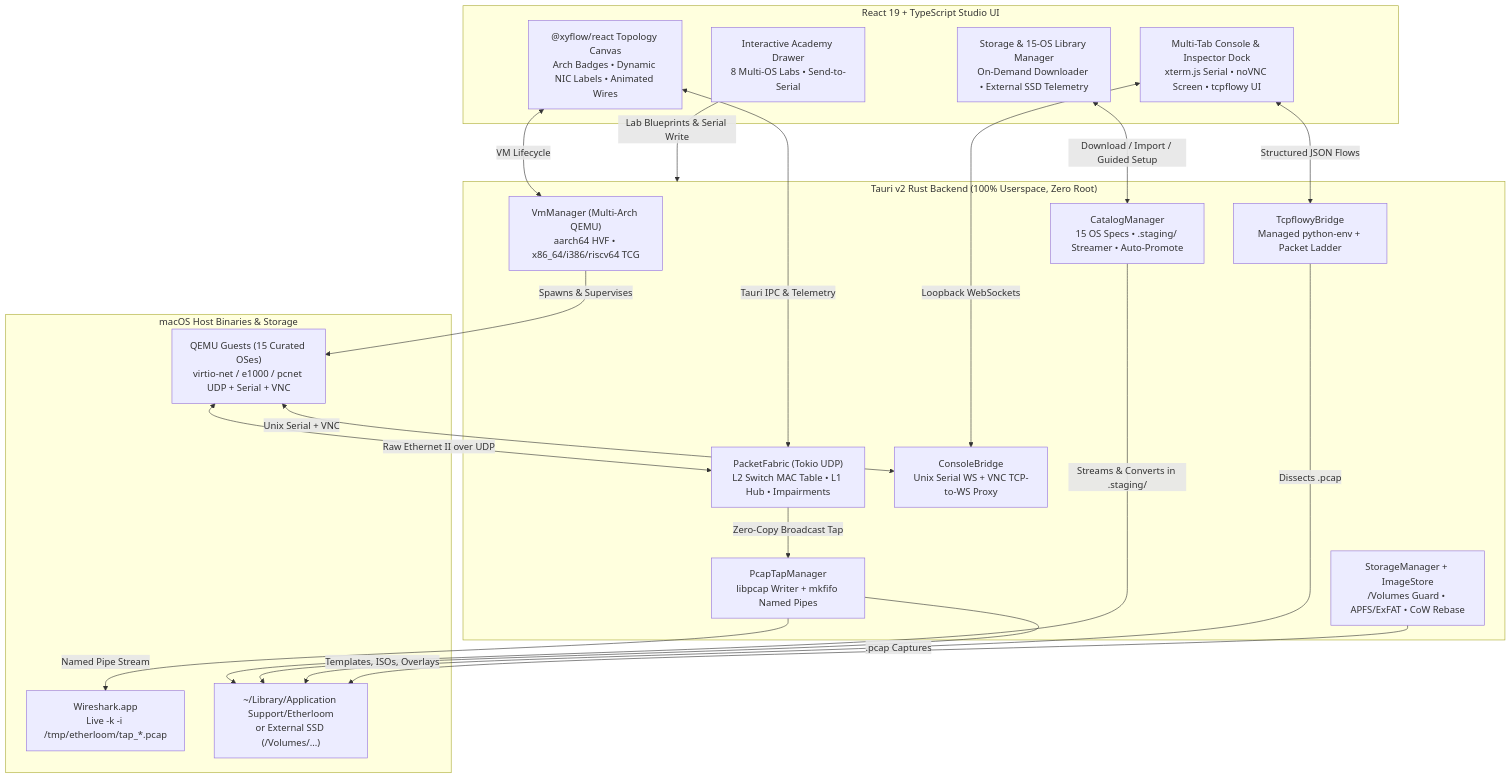
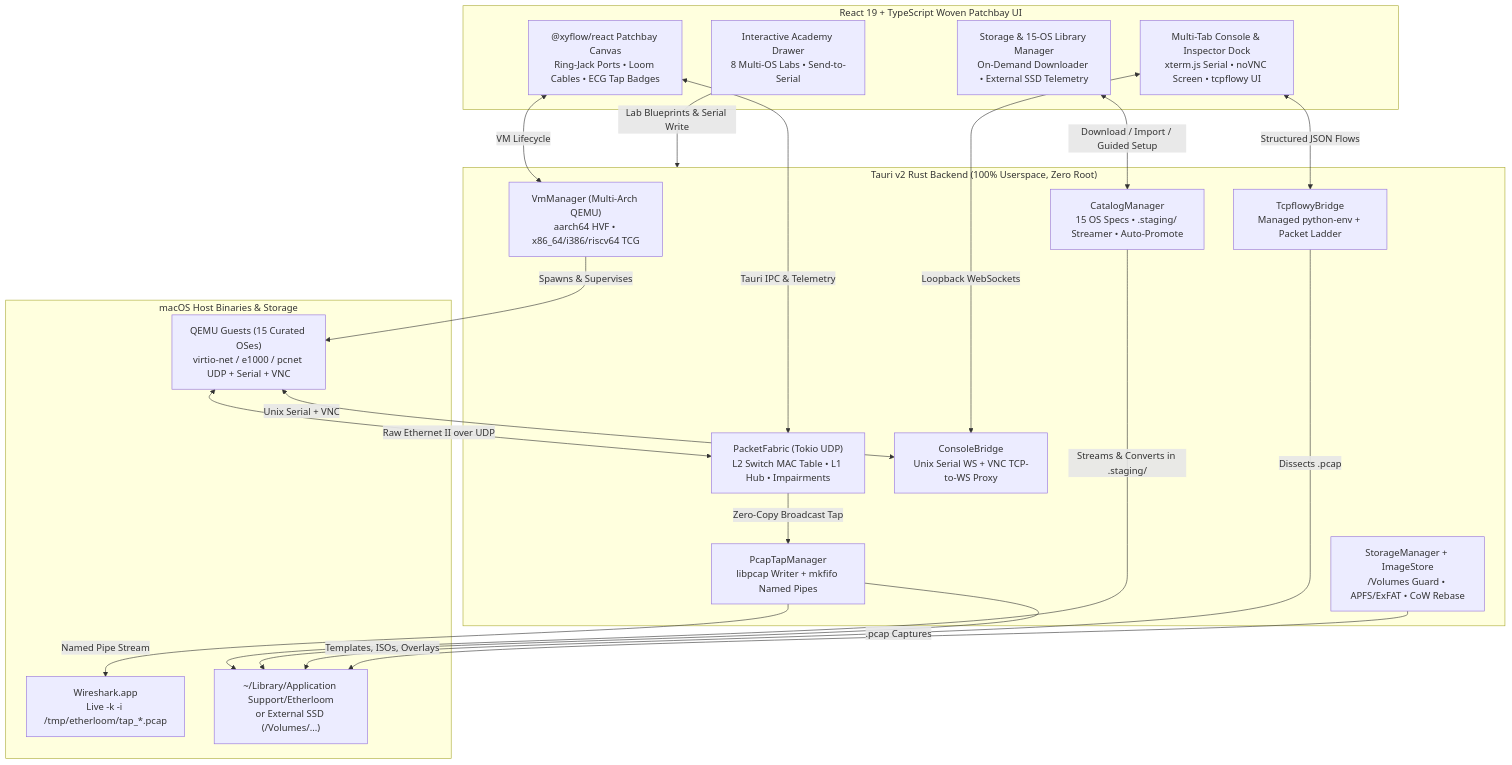
The diagram in README.md (diorgulescu/etherloom), drawn with Mermaid before and after one commit. The commit also changed other lines of this file and 37 other files, not shown here.

First line of the commit message:
feat(ui): implement Phase 8 Woven Patchbay dark-mode overhaul & brand artwork

````diff
--- a/README.md
+++ b/README.md
@@ -34,42 +42,42 @@
 ```mermaid
 flowchart TB
-  subgraph UI["React 19 + TypeScript Studio UI"]
-    Canvas["@xyflow/react Topology Canvas\nArch Badges • Dynamic NIC Labels • Animated Wires"]
+  subgraph UI["React 19 + TypeScript Woven Patchbay UI"]
+    Canvas["@xyflow/react Patchbay Canvas\nRing-Jack Ports • Loom Cables • ECG Tap Badges"]
     LibModal["Storage & 15-OS Library Manager\nOn-Demand Downloader • External SSD Telemetry"]
     Dock["Multi-Tab Console & Inspector Dock\nxterm.js Serial • noVNC Screen • tcpflowy UI"]
     AcademyUI["Interactive Academy Drawer\n8 Multi-OS Labs • Send-to-Serial"]
   end
 
   subgraph Core["Tauri v2 Rust Backend (100% Userspace, Zero Root)"]
     Supervisor["VmManager (Multi-Arch QEMU)\naarch64 HVF • x86_64/i386/riscv64 TCG"]
     Catalog["CatalogManager\n15 OS Specs • .staging/ Streamer • Auto-Promote"]
     Fabric["PacketFabric (Tokio UDP)\nL2 Switch MAC Table • L1 Hub • Impairments"]
     Bridges["ConsoleBridge\nUnix Serial WS + VNC TCP-to-WS Proxy"]
     Tap["PcapTapManager\nlibpcap Writer + mkfifo Named Pipes"]
     PyBridge["TcpflowyBridge\nManaged python-env + Packet Ladder"]
     Store["StorageManager + ImageStore\n/Volumes Guard • APFS/ExFAT • CoW Rebase"]
   end
 
   subgraph Host["macOS Host Binaries & Storage"]
     QEMU["QEMU Guests (15 Curated OSes)\nvirtio-net / e1000 / pcnet UDP + Serial + VNC"]
     WS["Wireshark.app\nLive -k -i /tmp/etherloom/tap_*.pcap"]
     Disk["~/Library/Application Support/Etherloom\nor External SSD (/Volumes/...)"]
   end
 
   Canvas <-->|Tauri IPC & Telemetry| Fabric
   Canvas <-->|VM Lifecycle| Supervisor
   LibModal <-->|Download / Import / Guided Setup| Catalog
   AcademyUI -->|Lab Blueprints & Serial Write| Core
   Dock <-->|Loopback WebSockets| Bridges
   Dock <-->|Structured JSON Flows| PyBridge
 
   Catalog -->|Streams & Converts in .staging/| Disk
   Supervisor -->|Spawns & Supervises| QEMU
   QEMU <-->|Raw Ethernet II over UDP| Fabric
   QEMU <-->|Unix Serial + VNC| Bridges
   Fabric -->|Zero-Copy Broadcast Tap| Tap
   Tap -->|Named Pipe Stream| WS
   Tap -->|.pcap Captures| Disk
   PyBridge -->|Dissects .pcap| Disk
   Store -->|Templates, ISOs, Overlays| Disk
 ```
````
